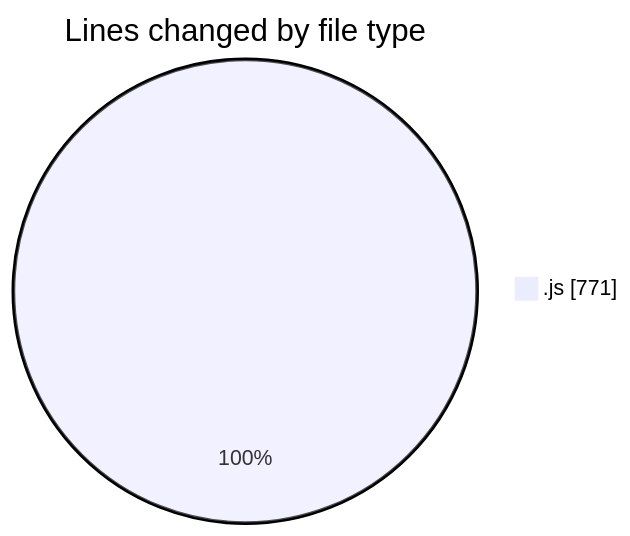
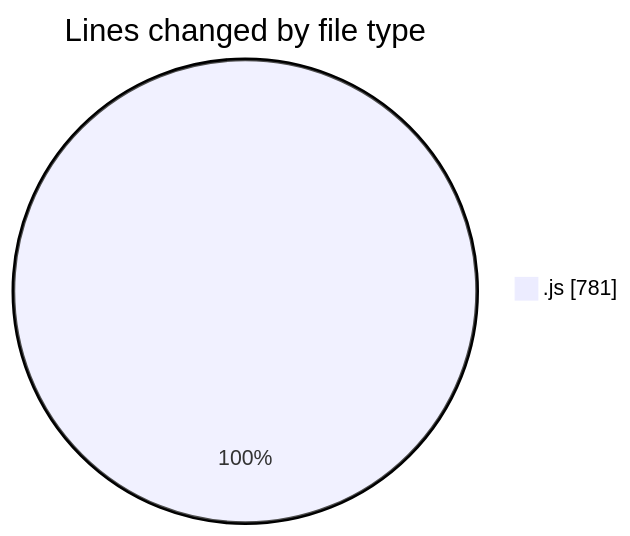
One commit to nxtqubesakshisongat/code-tracking changed the first of 2 diagrams in 2025-11-02/nxtqube_webapp/README.md. Above: the diagram before and after it, drawn with Mermaid. The commit also changed other lines of this file and 1 other file, not shown here.

````diff
--- a/2025-11-02/nxtqube_webapp/README.md
+++ b/2025-11-02/nxtqube_webapp/README.md
@@ -23,5 +23,5 @@
 ```mermaid
 pie showData
 title Lines changed by file type
-".js" : 771
+".js" : 781
 ```
````
